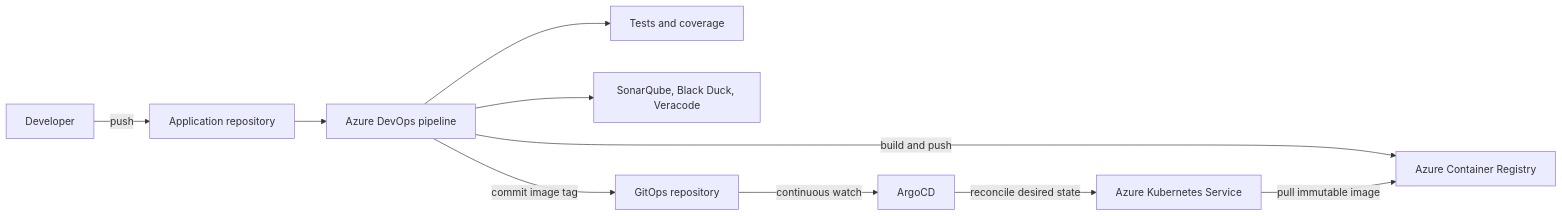
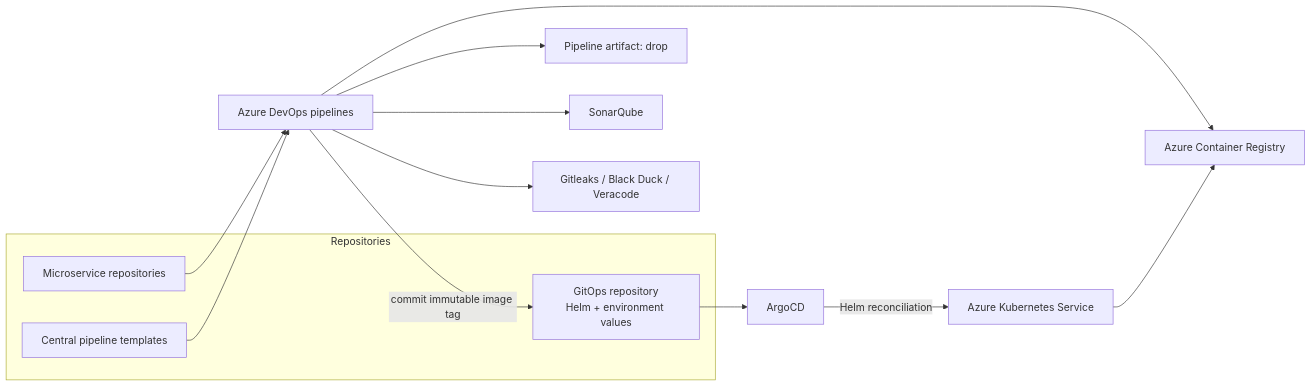
Before and after one commit to dagartijender/Git_hub: the diagram in README.md, drawn with Mermaid. The commit also changed other lines of this file and 20 other files, not shown here.

Commit message:
Add central Azure DevOps pipeline templates

````diff
--- a/README.md
+++ b/README.md
@@ -13,12 +14,19 @@
 ```mermaid
 flowchart LR
-    Developer[Developer] -->|push| AppRepo[Application repository]
-    AppRepo --> Pipeline[Azure DevOps pipeline]
-    Pipeline --> Tests[Tests and coverage]
-    Pipeline --> Security[SonarQube, Black Duck, Veracode]
-    Pipeline -->|build and push| ACR[Azure Container Registry]
-    Pipeline -->|commit image tag| GitOps[GitOps repository]
-    GitOps -->|continuous watch| ArgoCD[ArgoCD]
-    ArgoCD -->|reconcile desired state| AKS[Azure Kubernetes Service]
-    AKS -->|pull immutable image| ACR
+    subgraph Repositories
+        Services["Microservice repositories"]
+        Templates["Central pipeline templates"]
+        GitOps["GitOps repository<br/>Helm + environment values"]
+    end
+
+    Services --> Pipelines["Azure DevOps pipelines"]
+    Templates --> Pipelines
+    Pipelines --> Artifact["Pipeline artifact: drop"]
+    Pipelines --> Quality["SonarQube"]
+    Pipelines --> Security["Gitleaks / Black Duck / Veracode"]
+    Pipelines --> ACR["Azure Container Registry"]
+    Pipelines -->|"commit immutable image tag"| GitOps
+    GitOps --> ArgoCD["ArgoCD"]
+    ArgoCD -->|"Helm reconciliation"| AKS["Azure Kubernetes Service"]
+    AKS --> ACR
 ```
````
